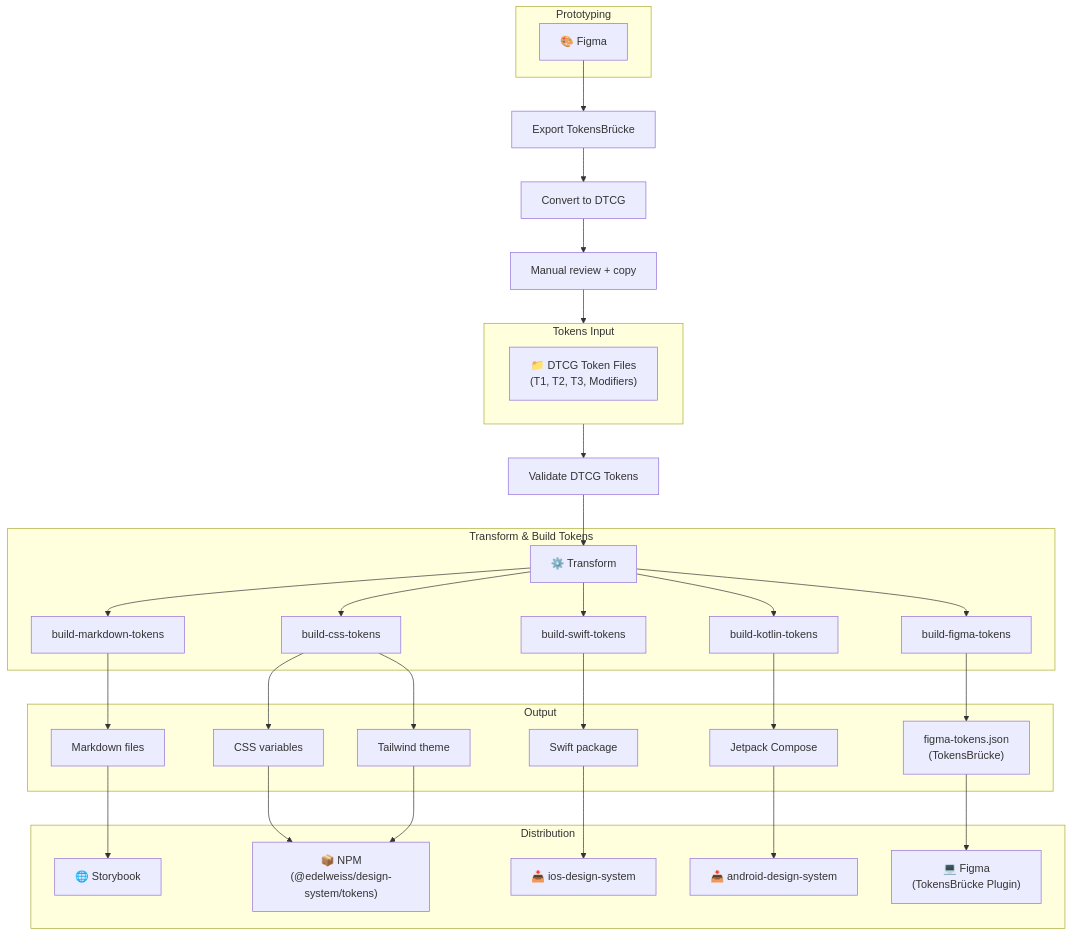
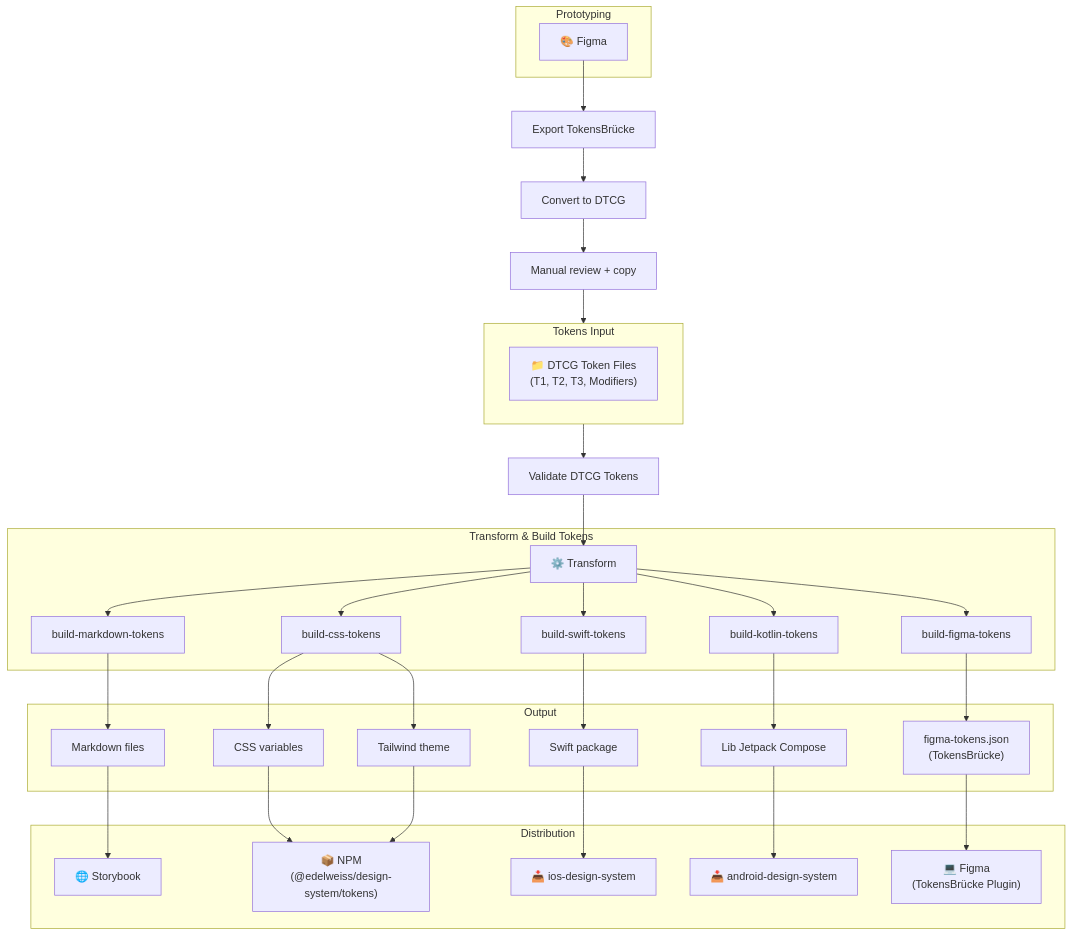
The diagram in packages/tokens/README.md (Infomaniak/design-system), drawn with Mermaid before and after one commit.

Commit message:
chore: lib jetpack compose

````diff
--- a/packages/tokens/README.md
+++ b/packages/tokens/README.md
@@ -12,75 +12,75 @@
 ```mermaid
 flowchart TD
     %% --- Subgraphs ---
 
     subgraph Prototyping["Prototyping"]
         FigmaDoc["🎨 Figma"]
     end
 
     subgraph TokensInput["Tokens Input"]
         Folder["📁 DTCG Token Files<br/>(T1, T2, T3, Modifiers)"]
     end
 
     subgraph BuildTokens["Transform & Build Tokens"]
         Transform["⚙️ Transform"]
         B_MD["build-markdown-tokens"]
         B_CSS["build-css-tokens"]
         B_Swift["build-swift-tokens"]
         B_Kotlin["build-kotlin-tokens"]
         B_Figma["build-figma-tokens"]
 
         Transform --> B_MD & B_CSS & B_Swift & B_Kotlin & B_Figma
     end
 
     subgraph Output["Output"]
         O_MD["Markdown files"]
         O_CSS["CSS variables"]
         O_TW["Tailwind theme"]
         O_Swift["Swift package"]
-        O_JC["Jetpack Compose"]
+        O_JC["Lib Jetpack Compose"]
         O_FT["figma-tokens.json<br/>(TokensBrücke)"]
     end
 
     subgraph Distribution["Distribution"]
         D_SB["🌐 Storybook"]
         D_NPM["📦 NPM<br/>(@edelweiss/design-system/tokens)"]
         D_iOS["📥 ios-design-system"]
         D_Android["📥 android-design-system"]
         D_Figma["💻 Figma<br/>(TokensBrücke Plugin)"]
     end
 
     %% --- Main Flow and Intermediate Steps ---
 
     Export["Export TokensBrücke"]
     Convert["Convert to DTCG"]
     Manual["Manual review + copy"]
     Validate["Validate DTCG Tokens"]
 
     %% Connecting to the Subgraph to force vertical centering
     FigmaDoc --> Export
     Export --> Convert
     Convert --> Manual
     Manual --> TokensInput
     TokensInput --> Validate
     Validate --> Transform
 
     %% --- Build to Output Connections ---
 
     B_MD --> O_MD
     B_CSS --> O_CSS
     B_CSS --> O_TW
     B_Swift --> O_Swift
     B_Kotlin --> O_JC
     B_Figma --> O_FT
 
     %% --- Output to Distribution Connections ---
 
     O_MD --> D_SB
 
     %% Converging both CSS and Tailwind into NPM
     O_CSS & O_TW --> D_NPM
 
     O_Swift --> D_iOS
     O_JC --> D_Android
     O_FT --> D_Figma
 ```
````
